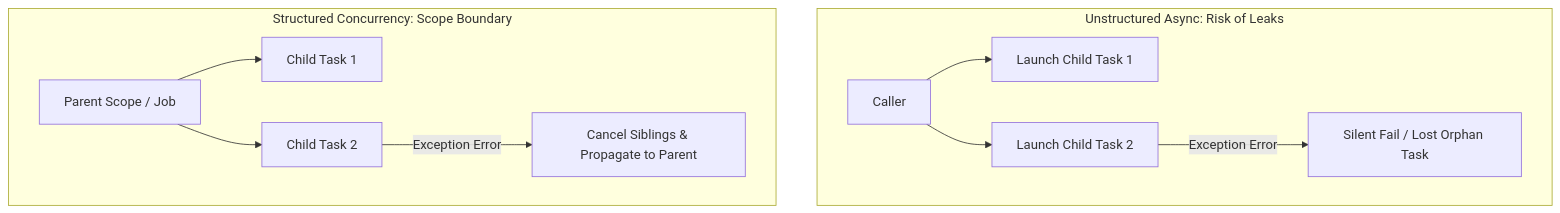
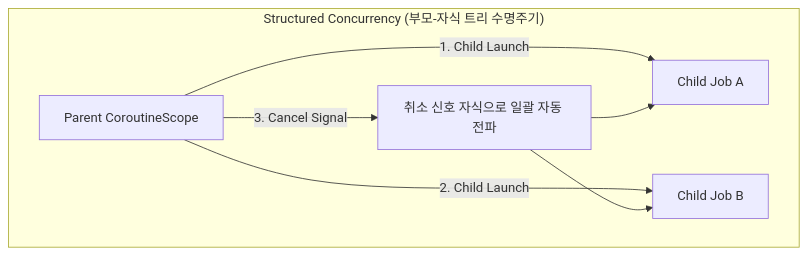
The diagram in 01_inbox/computer-science/structured-concurrency.md (youngmin-gwon/what-i-studied), drawn with Mermaid before and after one commit. The commit also changed other lines of this file and 35 other files, not shown here.

````diff
--- a/01_inbox/computer-science/structured-concurrency.md
+++ b/01_inbox/computer-science/structured-concurrency.md
@@ -22,14 +25,10 @@
 ```mermaid
-flowchart TD
-    subgraph Unstructured ["Unstructured Async: Risk of Leaks"]
-        Caller1["Caller"] --> LaunchChild1["Launch Child Task 1"]
-        Caller1 --> LaunchChild2["Launch Child Task 2"]
-        LaunchChild2 -->|"Exception Error"| Orphan["Silent Fail / Lost Orphan Task"]
-    end
-
-    subgraph Structured ["Structured Concurrency: Scope Boundary"]
-        ParentScope["Parent Scope / Job"] --> Child1["Child Task 1"]
-        ParentScope --> Child2["Child Task 2"]
-        Child2 -->|"Exception Error"| CancelProp["Cancel Siblings & Propagate to Parent"]
+graph TD
+    subgraph "Structured Concurrency (부모-자식 트리 수명주기)"
+        ParentScope["Parent CoroutineScope"] -->|"1. Child Launch"| ChildA["Child Job A"]
+        ParentScope -->|"2. Child Launch"| ChildB["Child Job B"]
+        ParentScope -->|"3. Cancel Signal"| CancelProp["취소 신호 자식으로 일괄 자동 전파"]
+        CancelProp --> ChildA
+        CancelProp --> ChildB
     end
 ```
````
